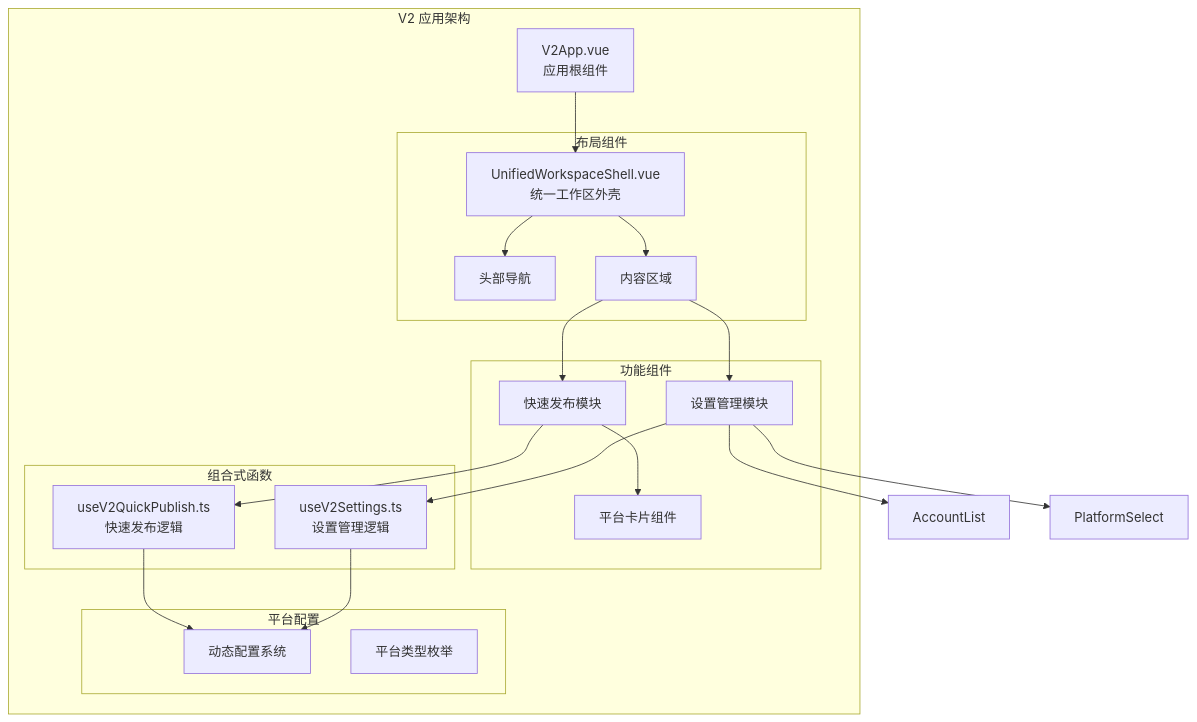
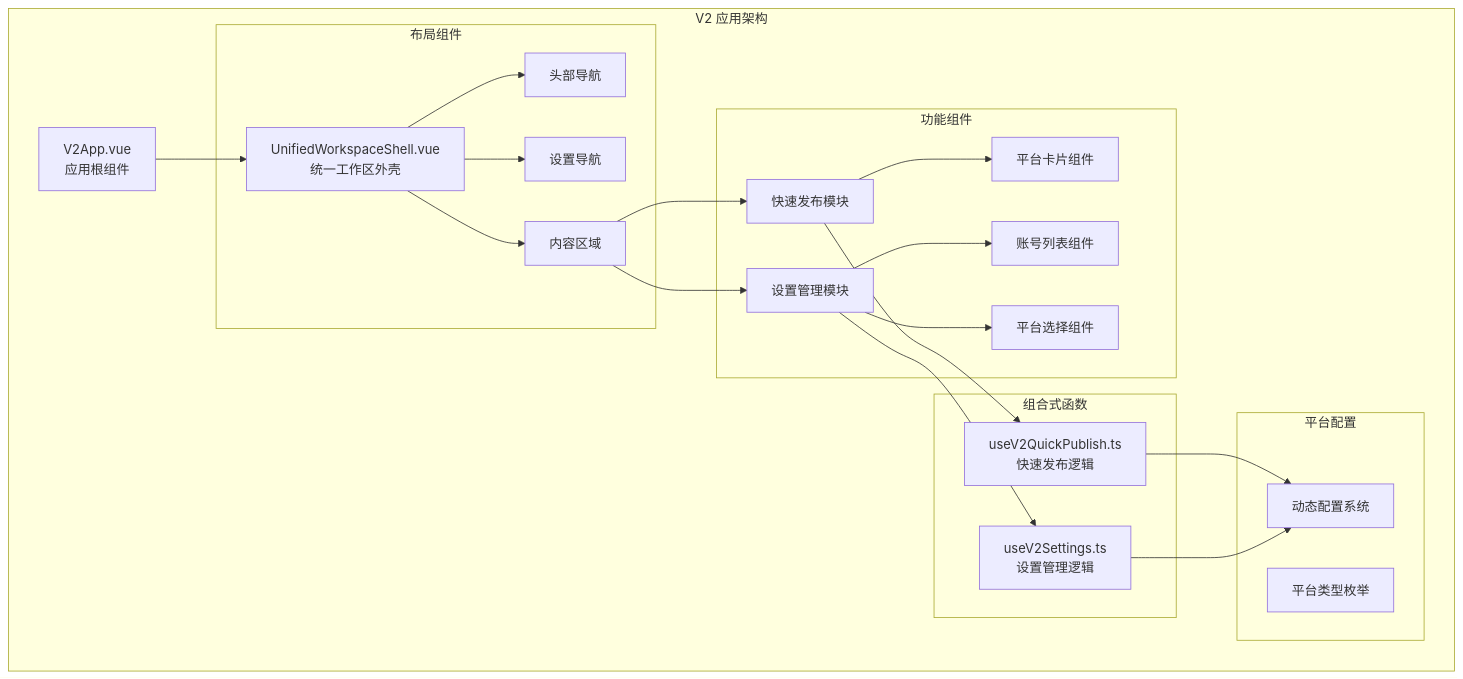
The first of 10 diagrams in .qoder/repowiki/zh/content/用户界面组件/页面组件/V2 应用根组件.md (terwer/siyuan-plugin-publisher), drawn with Mermaid before and after one commit. The commit also changed other lines of this file and 14 other files, not shown here.

````diff
--- a/.qoder/repowiki/zh/content/用户界面组件/页面组件/V2 应用根组件.md
+++ b/.qoder/repowiki/zh/content/用户界面组件/页面组件/V2 应用根组件.md
@@ -44,36 +53,40 @@
 ```mermaid
 graph TB
 subgraph "V2 应用架构"
 V2App[V2App.vue<br/>应用根组件]
 subgraph "布局组件"
 UWS[UnifiedWorkspaceShell.vue<br/>统一工作区外壳]
 Header[头部导航]
 Content[内容区域]
+Nav[设置导航]
 end
 subgraph "功能组件"
 QuickPublish[快速发布模块]
 Settings[设置管理模块]
 PlatformCards[平台卡片组件]
+AccountList[账号列表组件]
+PlatformSelect[平台选择组件]
 end
 subgraph "组合式函数"
 QuickPub[useV2QuickPublish.ts<br/>快速发布逻辑]
 SettingsFn[useV2Settings.ts<br/>设置管理逻辑]
 end
 subgraph "平台配置"
 DynConfig[动态配置系统]
 PlatformTypes[平台类型枚举]
 end
 end
 V2App --> UWS
 UWS --> Header
+UWS --> Nav
 UWS --> Content
 Content --> QuickPublish
 Content --> Settings
 QuickPublish --> PlatformCards
 Settings --> AccountList
 Settings --> PlatformSelect
 QuickPublish --> QuickPub
 Settings --> SettingsFn
 QuickPub --> DynConfig
 SettingsFn --> DynConfig
 ```
````
